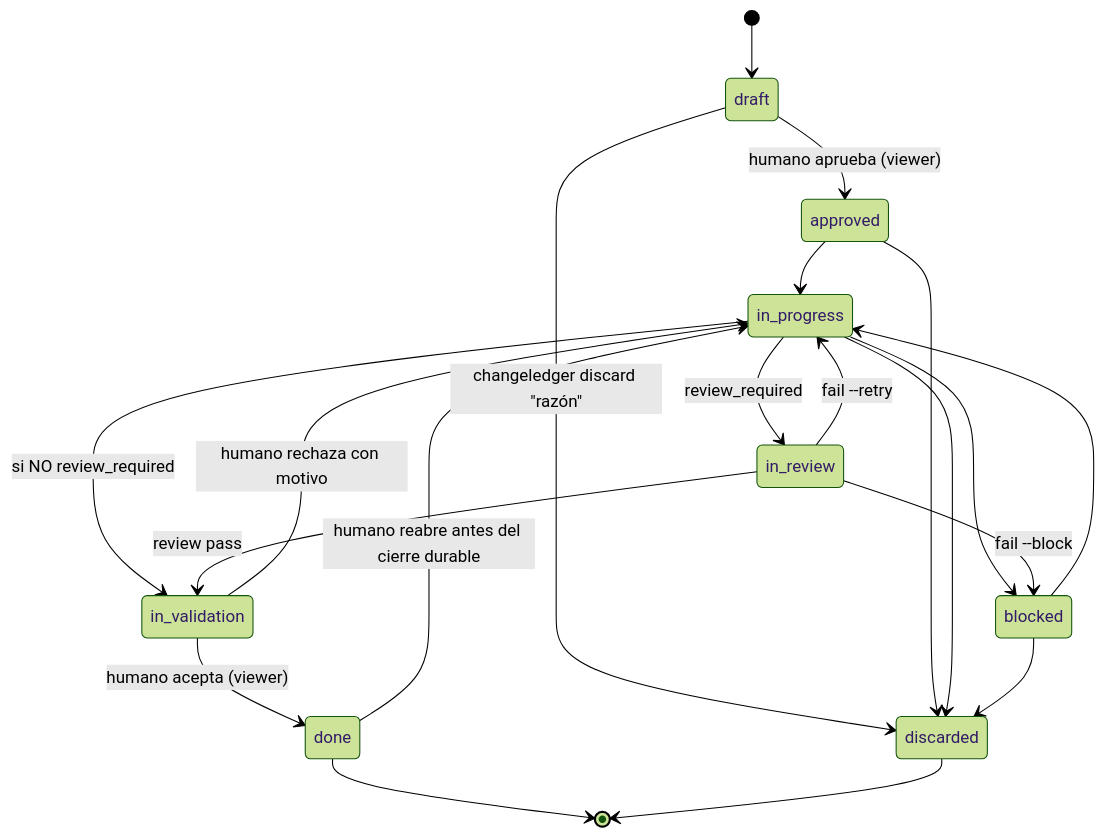
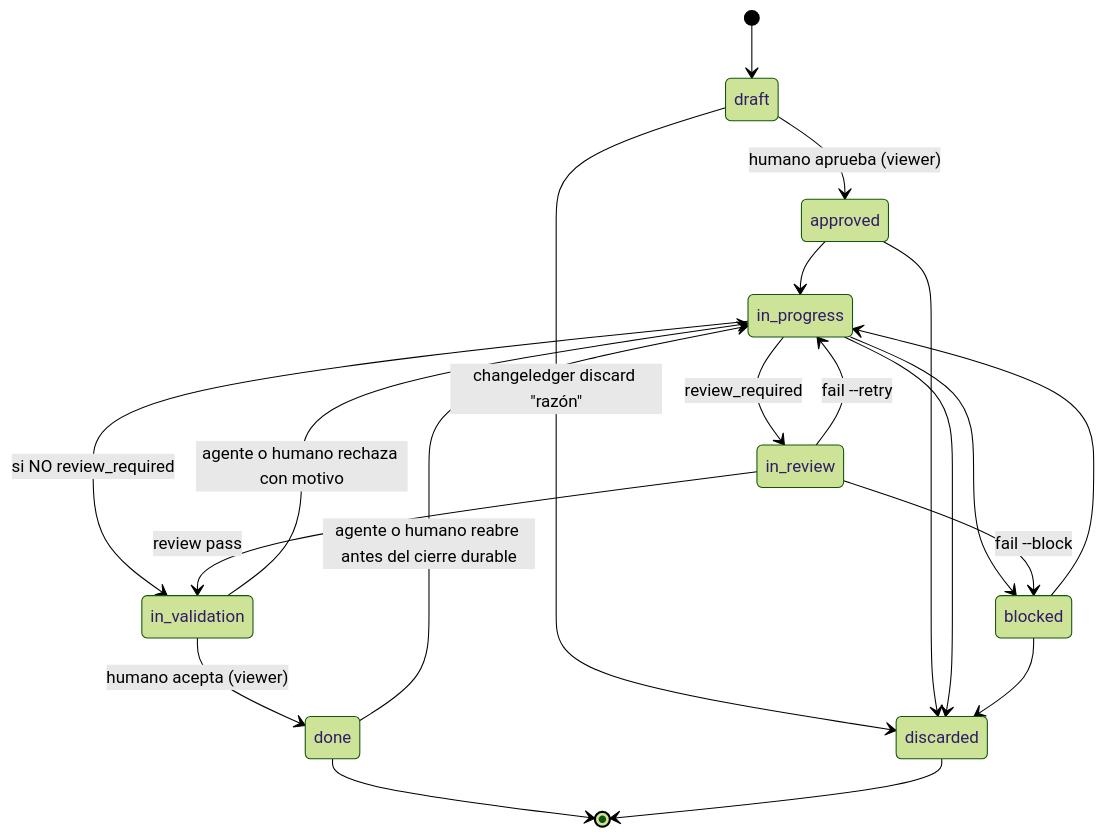
Before and after one commit to rarc88/changeledger: the diagram in .changeledger/specs/lifecycle.md, drawn with Mermaid (forest theme). The commit also changed other lines of this file and 13 other files, not shown here.

````diff
--- a/.changeledger/specs/lifecycle.md
+++ b/.changeledger/specs/lifecycle.md
@@ -24,22 +24,22 @@
 ```mermaid
 stateDiagram-v2
     [*] --> draft
     draft --> approved: humano aprueba (viewer)
     approved --> in_progress
     in_progress --> in_review: review_required
     in_progress --> in_validation: si NO review_required
     in_progress --> blocked
     in_review --> in_validation: review pass
     in_review --> in_progress: fail --retry
     in_review --> blocked: fail --block
     in_validation --> done: humano acepta (viewer)
-    in_validation --> in_progress: humano rechaza con motivo
-    done --> in_progress: humano reabre antes del cierre durable
+    in_validation --> in_progress: agente o humano rechaza con motivo
+    done --> in_progress: agente o humano reabre antes del cierre durable
     blocked --> in_progress
     draft --> discarded: changeledger discard "razón"
     approved --> discarded
     in_progress --> discarded
     blocked --> discarded
     done --> [*]
     discarded --> [*]
 ```
````
